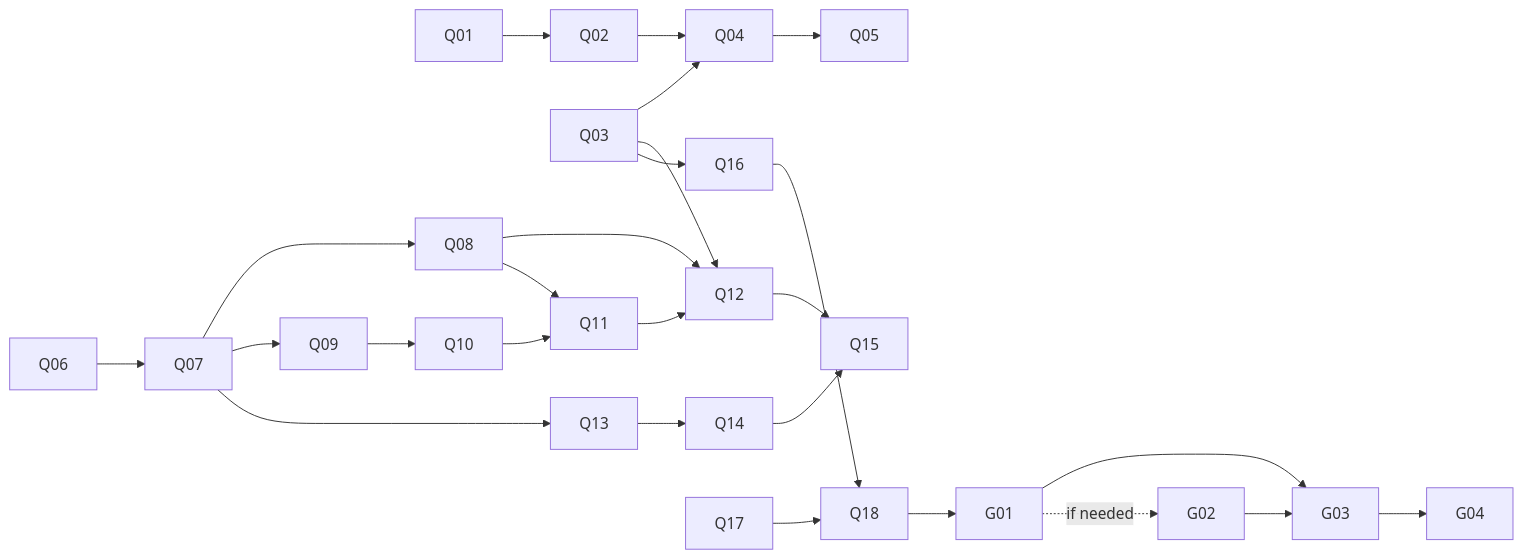
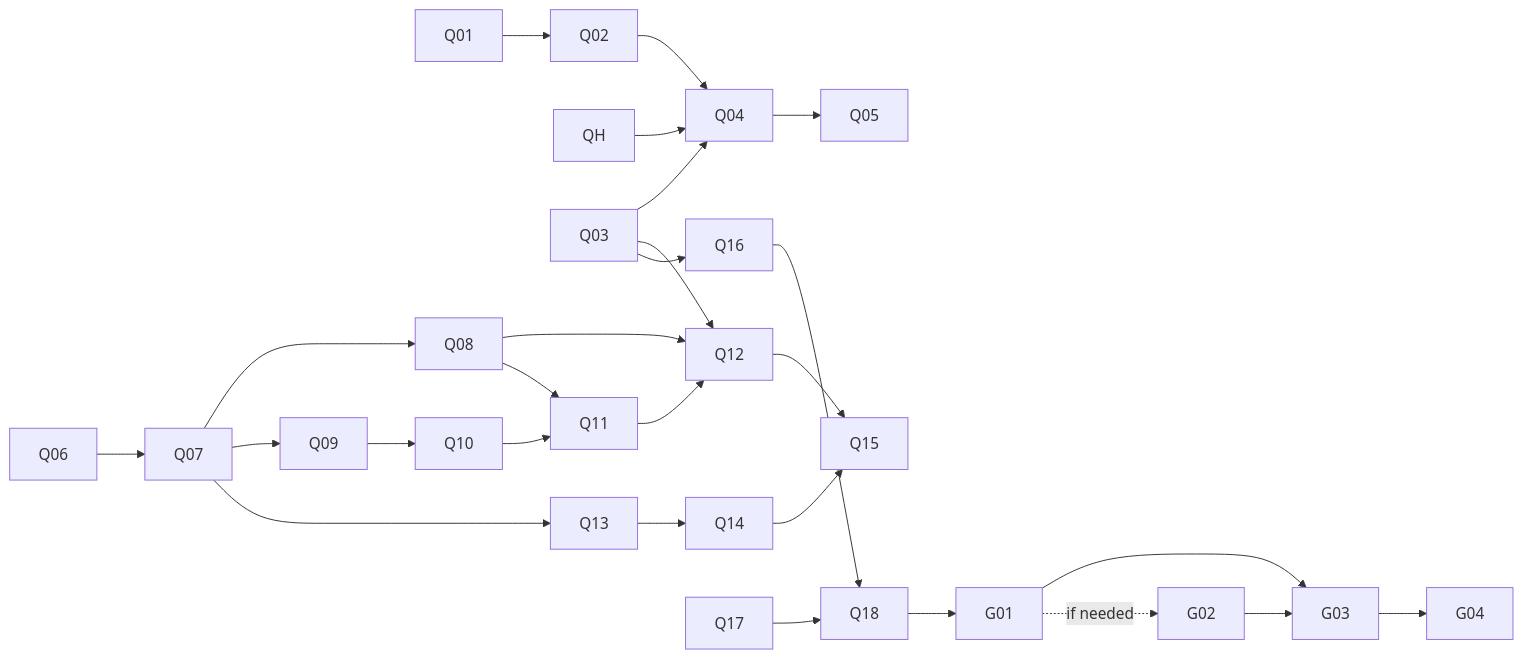
Before and after one commit to albertocavalcante/gvy: the second of 2 diagrams in kb/INCREMENTAL_REPARSE_DELIVERY_PLAN.md, drawn with Mermaid. The commit also changed other lines of this file and 2 other files, not shown here.

````diff
--- a/kb/INCREMENTAL_REPARSE_DELIVERY_PLAN.md
+++ b/kb/INCREMENTAL_REPARSE_DELIVERY_PLAN.md
@@ -585,13 +606,14 @@
 ```mermaid
 flowchart LR
     Q01 --> Q02 --> Q04 --> Q05
+    QH --> Q04
     Q03 --> Q04
     Q06 --> Q07 --> Q08 --> Q12 --> Q15
     Q07 --> Q09 --> Q10 --> Q11 --> Q12
     Q08 --> Q11
     Q07 --> Q13 --> Q14 --> Q15
     Q03 --> Q12
     Q03 --> Q16 --> Q18
     Q17 --> Q18 --> G01 --> G03 --> G04
     G01 -. if needed .-> G02 --> G03
 ```
````
